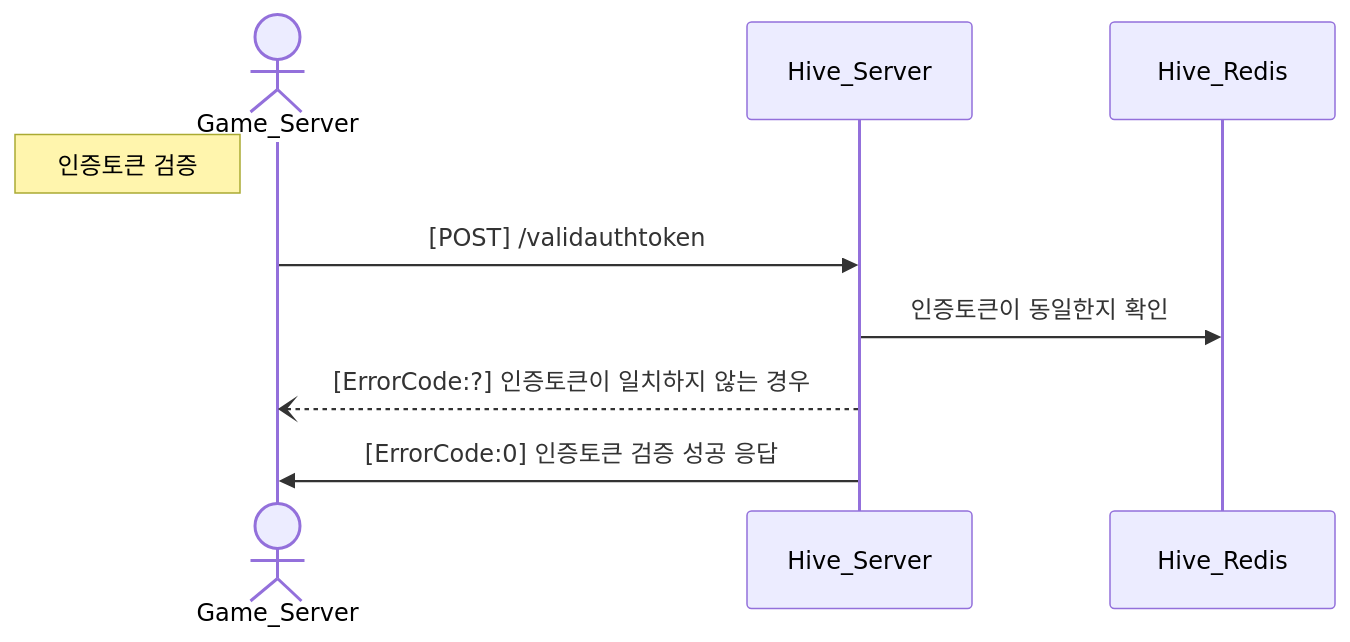
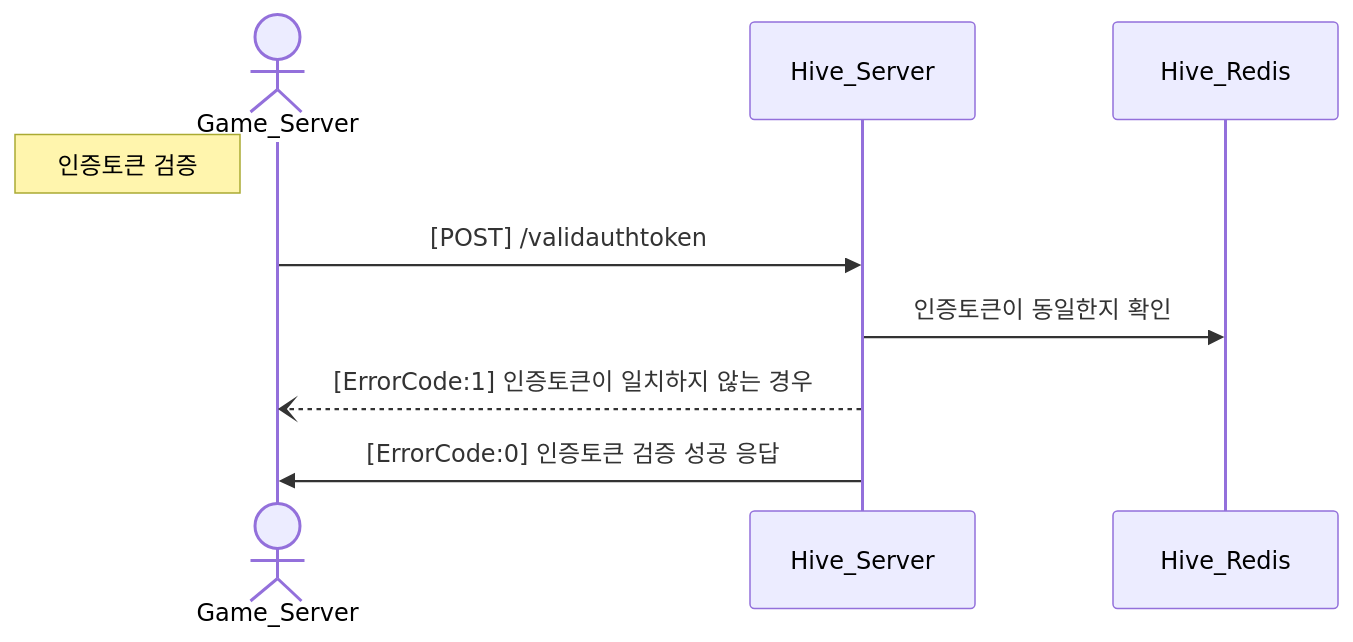
The third of 4 diagrams in README.md (KongJJoki/OmokProj), drawn with Mermaid before and after one commit. The commit also changed other lines of this file, not shown here.

````diff
--- a/README.md
+++ b/README.md
@@ -164,13 +165,13 @@
 ```mermaid
 sequenceDiagram
     actor A as Game_Server
     participant B as Hive_Server
     participant C as Hive_Redis
 
     %% 인증토큰 검증
     note left of A: 인증토큰 검증
     A->>B: [POST] /validauthtoken
     B->>C: 인증토큰이 동일한지 확인
-    B--)A: [ErrorCode:?] 인증토큰이 일치하지 않는 경우
+    B--)A: [ErrorCode:1] 인증토큰이 일치하지 않는 경우
     B->>A: [ErrorCode:0] 인증토큰 검증 성공 응답
 ```
````
